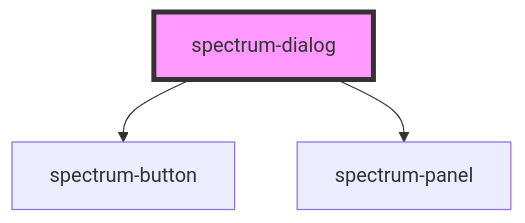
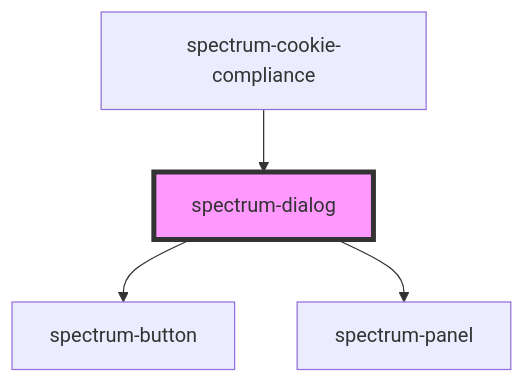
Before and after one commit to emamirelar/spectrum: the diagram in packages/core/src/components/spectrum-dialog/readme.md, drawn with Mermaid. The commit also changed other lines of this file and 40 other files, not shown here.

Commit message:
Add Spectrum Cookie Compliance component with dependencies, documentation, and Storybook examples. Introduced persistent cookie status indicator and enhanced accessibility features. Updated dependency map to reflect new relationships with spectrum-button, spectrum-toast, and spectrum-dialog.

````diff
--- a/packages/core/src/components/spectrum-dialog/readme.md
+++ b/packages/core/src/components/spectrum-dialog/readme.md
@@ -82,6 +86,7 @@
 ```mermaid
 graph TD;
   spectrum-dialog --> spectrum-button
   spectrum-dialog --> spectrum-panel
+  spectrum-cookie-compliance --> spectrum-dialog
   style spectrum-dialog fill:#f9f,stroke:#333,stroke-width:4px
 ```
````
